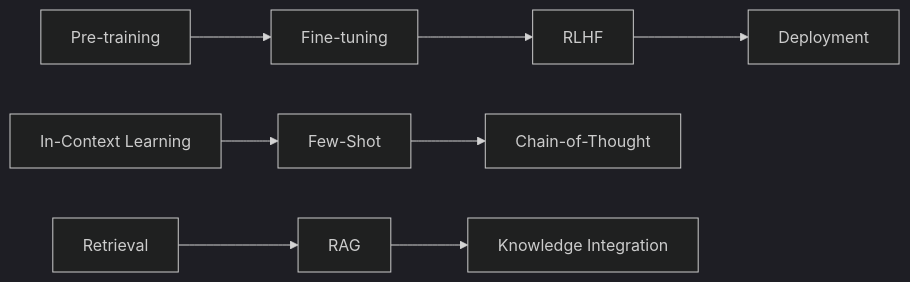
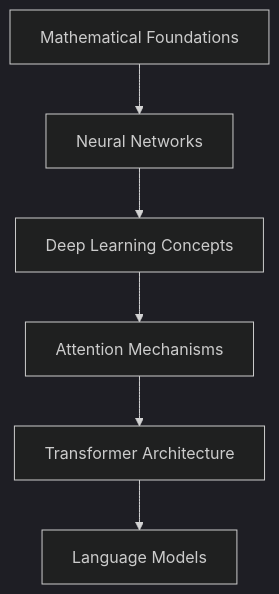
One commit to nvgr-GenAI/my-learning changed the diagram in docs/genai/index.md. Above: the diagram before and after it, drawn with Mermaid (dark theme). The commit also changed other lines of this file and 22 other files, not shown here.

````diff
--- a/docs/genai/index.md
+++ b/docs/genai/index.md
@@ -68,12 +124,8 @@
 ```mermaid
-graph LR
-    A[Pre-training] --> B[Fine-tuning]
-    B --> C[RLHF]
-    C --> D[Deployment]
-    
-    E[In-Context Learning] --> F[Few-Shot]
-    F --> G[Chain-of-Thought]
-    
-    H[Retrieval] --> I[RAG]
-    I --> J[Knowledge Integration]
+graph TD
+    A[Mathematical Foundations] --> B[Neural Networks]
+    B --> C[Deep Learning Concepts]
+    C --> D[Attention Mechanisms]
+    D --> E[Transformer Architecture]
+    E --> F[Language Models]
 ```
````
